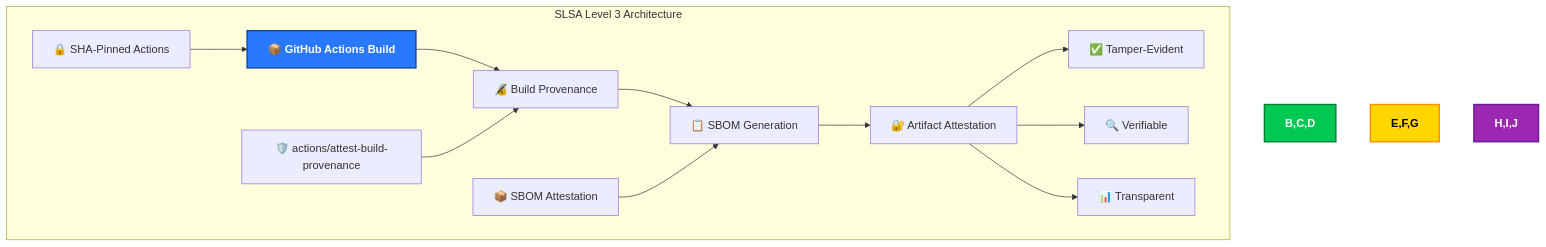
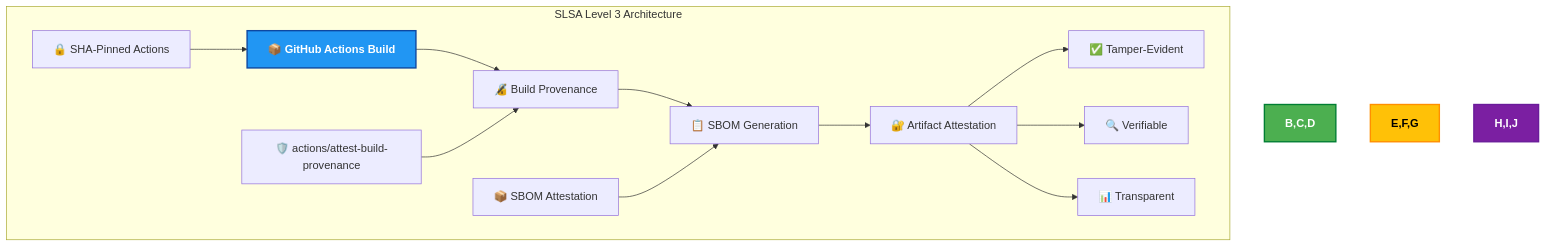
Diagram 24 of 32 in docs/architecture/SECURITY_ARCHITECTURE.md (step-security-bot/cia-compliance-manager), drawn with Mermaid before and after one commit. The commit also changed other lines of this file and 27 other files, not shown here.

First line of the commit message:
fix: resolve broken mermaid diagrams and improve color coding to match ISMS style guide (#1106)

````diff
--- a/docs/architecture/SECURITY_ARCHITECTURE.md
+++ b/docs/architecture/SECURITY_ARCHITECTURE.md
@@ -1576,21 +1576,21 @@
 ```mermaid
 flowchart TD
     subgraph "SLSA Level 3 Architecture"
         A[📦 GitHub Actions Build] --> B[🔏 Build Provenance]
         B --> C[📋 SBOM Generation]
         C --> D[🔐 Artifact Attestation]
         
         D --> E[✅ Tamper-Evident]
         D --> F[🔍 Verifiable]
         D --> G[📊 Transparent]
         
         H[🛡️ actions/attest-build-provenance] --> B
         I[📦 SBOM Attestation] --> C
         J[🔒 SHA-Pinned Actions] --> A
     end
 
-    style A fill:#2979FF,stroke:#0D47A1,stroke-width:2px,color:white,font-weight:bold
-    style B,C,D fill:#00C853,stroke:#007E33,stroke-width:2px,color:white,font-weight:bold
-    style E,F,G fill:#FFD600,stroke:#FF8F00,stroke-width:2px,color:black,font-weight:bold
-    style H,I,J fill:#9C27B0,stroke:#6A1B9A,stroke-width:2px,color:white,font-weight:bold
+    style A fill:#2196F3,stroke:#0D47A1,stroke-width:2px,color:white,font-weight:bold
+    style B,C,D fill:#4CAF50,stroke:#007E33,stroke-width:2px,color:white,font-weight:bold
+    style E,F,G fill:#FFC107,stroke:#FF8F00,stroke-width:2px,color:black,font-weight:bold
+    style H,I,J fill:#7B1FA2,stroke:#6A1B9A,stroke-width:2px,color:white,font-weight:bold
 ```
````
